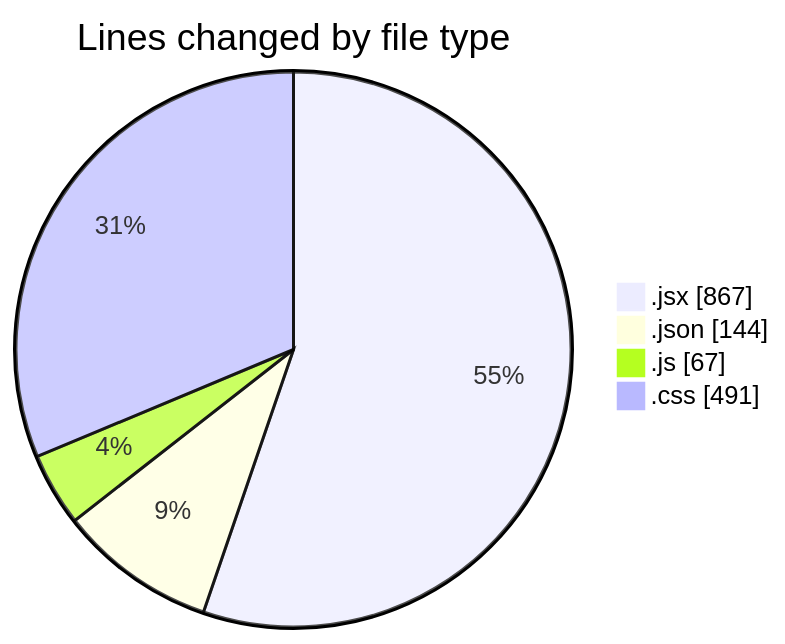
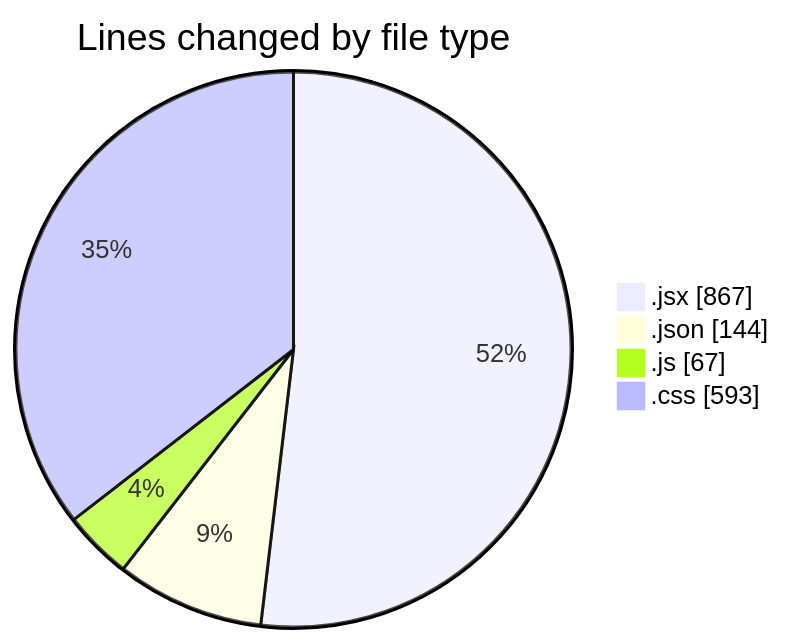
The first of 2 diagrams in 2025-05-04/project/README.md (BS-eng2023/code-tracking), drawn with Mermaid before and after one commit. The commit also changed other lines of this file and 1 other file, not shown here.

````diff
--- a/2025-05-04/project/README.md
+++ b/2025-05-04/project/README.md
@@ -35,8 +35,8 @@
 ```mermaid
 pie showData
 title Lines changed by file type
 ".jsx" : 867
 ".json" : 144
 ".js" : 67
-".css" : 491
+".css" : 593
 ```
````
